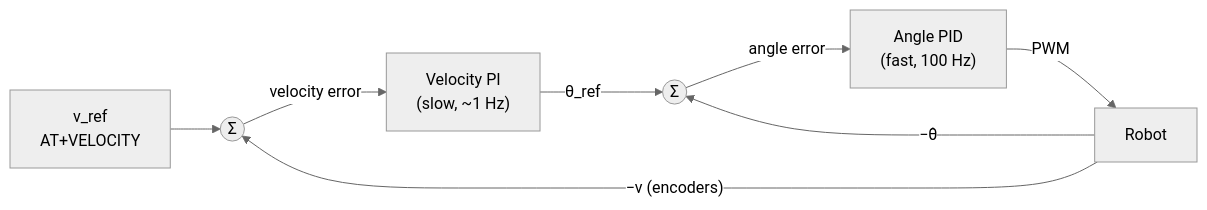
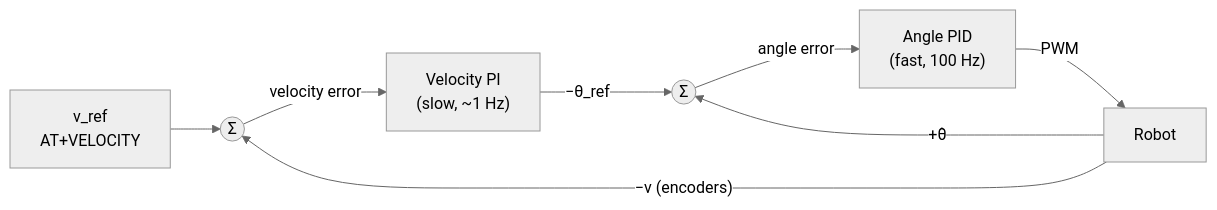
One commit to machadothi/balancing_robot changed the second of 2 diagrams in docs/06-control-theory.md. Above: the diagram before and after it, drawn with Mermaid (neutral theme). The commit also changed other lines of this file and 12 other files, not shown here.

````diff
--- a/docs/06-control-theory.md
+++ b/docs/06-control-theory.md
@@ -292,10 +297,10 @@
 ```mermaid
 flowchart LR
     VREF["v_ref<br/>AT+VELOCITY"] --> VS(("Σ"))
     VS -->|"velocity error"| VPI["Velocity PI<br/>(slow, ~1 Hz)"]
-    VPI -->|"θ_ref"| AS(("Σ"))
+    VPI -->|"−θ_ref"| AS(("Σ"))
     AS -->|"angle error"| APID["Angle PID<br/>(fast, 100 Hz)"]
     APID -->|"PWM"| ROBOT["Robot"]
-    ROBOT -->|"−θ̂"| AS
+    ROBOT -->|"+θ̂"| AS
     ROBOT -->|"−v (encoders)"| VS
 ```
````
